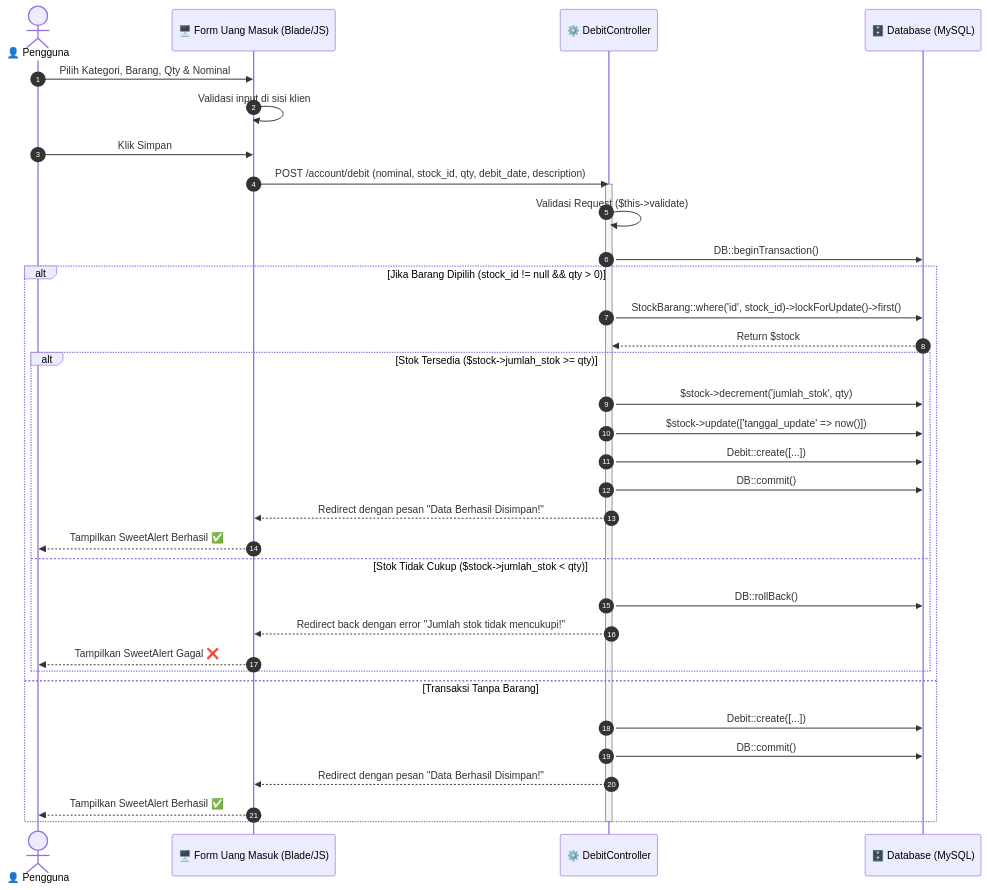
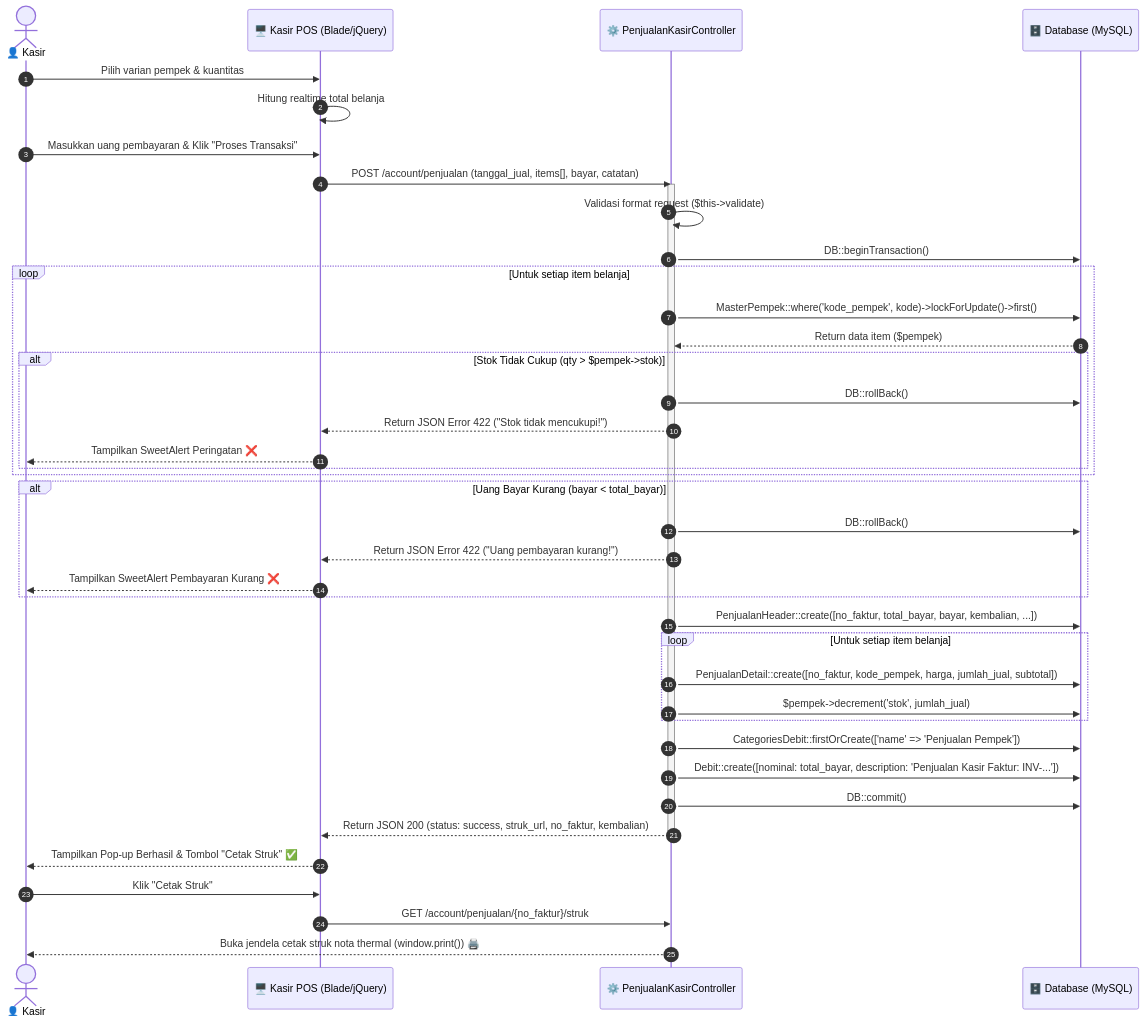
Before and after one commit to yogamaulana11/manajemen-usaha: the fourth of 6 diagrams in docs/UML_DIAGRAM.md, drawn with Mermaid. The commit also changed other lines of this file, not shown here.

Commit message:
docs: perbarui dokumentasi diagram UML dengan modul inventaris dan kasir pempek

````diff
--- a/docs/UML_DIAGRAM.md
+++ b/docs/UML_DIAGRAM.md
@@ -299,42 +299,54 @@
 ```mermaid
 sequenceDiagram
     autonumber
-    actor Pengguna as 👤 Pengguna
-    participant View as 🖥️ Form Uang Masuk (Blade/JS)
-    participant Ctrl as ⚙️ DebitController
+    actor Kasir as 👤 Kasir
+    participant View as 🖥️ Kasir POS (Blade/jQuery)
+    participant Ctrl as ⚙️ PenjualanKasirController
     participant DB as 🗄️ Database (MySQL)
 
-    Pengguna->>View: Pilih Kategori, Barang, Qty & Nominal
-    View->>View: Validasi input di sisi klien
-    Pengguna->>View: Klik Simpan
-    View->>Ctrl: POST /account/debit (nominal, stock_id, qty, debit_date, description)
+    Kasir->>View: Pilih varian pempek & kuantitas
+    View->>View: Hitung realtime total belanja
+    Kasir->>View: Masukkan uang pembayaran & Klik "Proses Transaksi"
+    View->>Ctrl: POST /account/penjualan (tanggal_jual, items[], bayar, catatan)
     
     activate Ctrl
-    Ctrl->>Ctrl: Validasi Request ($this->validate)
-    
+    Ctrl->>Ctrl: Validasi format request ($this->validate)
     Ctrl->>DB: DB::beginTransaction()
     
-    alt Jika Barang Dipilih (stock_id != null && qty > 0)
-        Ctrl->>DB: StockBarang::where('id', stock_id)->lockForUpdate()->first()
-        DB-->>Ctrl: Return $stock
+    loop Untuk setiap item belanja
+        Ctrl->>DB: MasterPempek::where('kode_pempek', kode)->lockForUpdate()->first()
+        DB-->>Ctrl: Return data item ($pempek)
         
-        alt Stok Tersedia ($stock->jumlah_stok >= qty)
-            Ctrl->>DB: $stock->decrement('jumlah_stok', qty)
-            Ctrl->>DB: $stock->update(['tanggal_update' => now()])
-            Ctrl->>DB: Debit::create([...])
-            Ctrl->>DB: DB::commit()
-            Ctrl-->>View: Redirect dengan pesan "Data Berhasil Disimpan!"
-            View-->>Pengguna: Tampilkan SweetAlert Berhasil ✅
-        else Stok Tidak Cukup ($stock->jumlah_stok < qty)
+        alt Stok Tidak Cukup (qty > $pempek->stok)
             Ctrl->>DB: DB::rollBack()
-            Ctrl-->>View: Redirect back dengan error "Jumlah stok tidak mencukupi!"
-            View-->>Pengguna: Tampilkan SweetAlert Gagal ❌
+            Ctrl-->>View: Return JSON Error 422 ("Stok tidak mencukupi!")
+            View-->>Kasir: Tampilkan SweetAlert Peringatan ❌
         end
-    else Transaksi Tanpa Barang
-        Ctrl->>DB: Debit::create([...])
-        Ctrl->>DB: DB::commit()
-        Ctrl-->>View: Redirect dengan pesan "Data Berhasil Disimpan!"
-        View-->>Pengguna: Tampilkan SweetAlert Berhasil ✅
     end
+
+    alt Uang Bayar Kurang (bayar < total_bayar)
+        Ctrl->>DB: DB::rollBack()
+        Ctrl-->>View: Return JSON Error 422 ("Uang pembayaran kurang!")
+        View-->>Kasir: Tampilkan SweetAlert Pembayaran Kurang ❌
+    end
+
+    %% Jika Semua Valid: Simpan Header & Detail
+    Ctrl->>DB: PenjualanHeader::create([no_faktur, total_bayar, bayar, kembalian, ...])
+    loop Untuk setiap item belanja
+        Ctrl->>DB: PenjualanDetail::create([no_faktur, kode_pempek, harga, jumlah_jual, subtotal])
+        Ctrl->>DB: $pempek->decrement('stok', jumlah_jual)
+    end
+
+    %% Integrasi Otomatis ke Keuangan
+    Ctrl->>DB: CategoriesDebit::firstOrCreate(['name' => 'Penjualan Pempek'])
+    Ctrl->>DB: Debit::create([nominal: total_bayar, description: 'Penjualan Kasir Faktur: INV-...'])
+
+    Ctrl->>DB: DB::commit()
+    Ctrl-->>View: Return JSON 200 (status: success, struk_url, no_faktur, kembalian)
     deactivate Ctrl
+
+    View-->>Kasir: Tampilkan Pop-up Berhasil & Tombol "Cetak Struk" ✅
+    Kasir->>View: Klik "Cetak Struk"
+    View->>Ctrl: GET /account/penjualan/{no_faktur}/struk
+    Ctrl-->>Kasir: Buka jendela cetak struk nota thermal (window.print()) 🖨️
 ```
````
